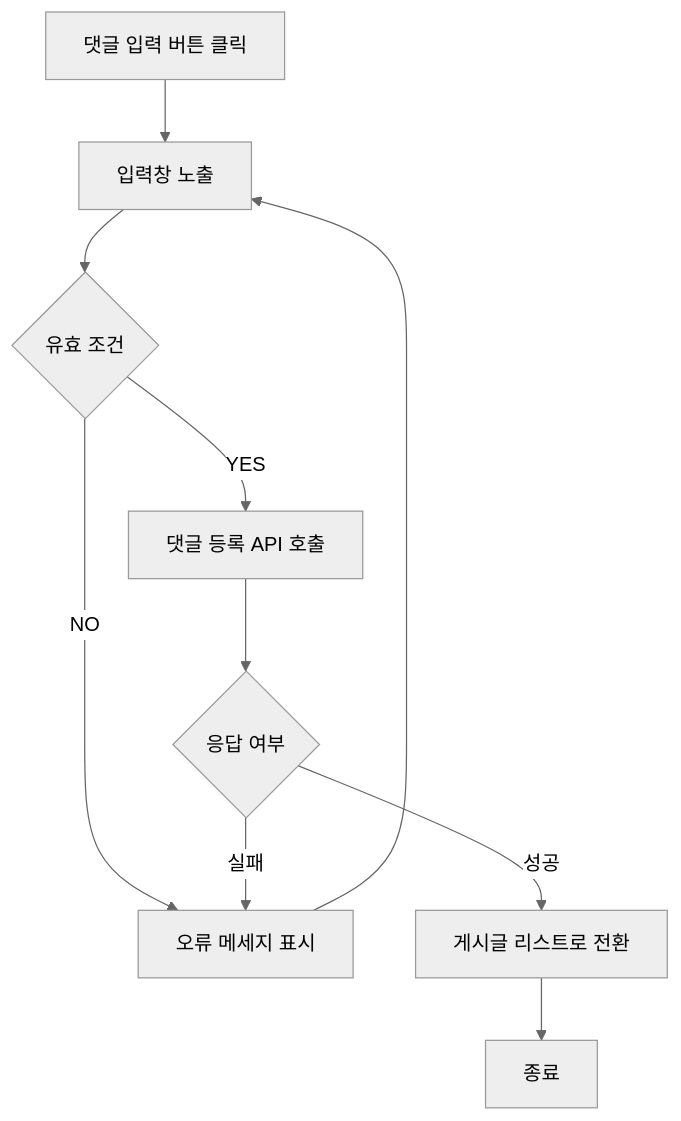
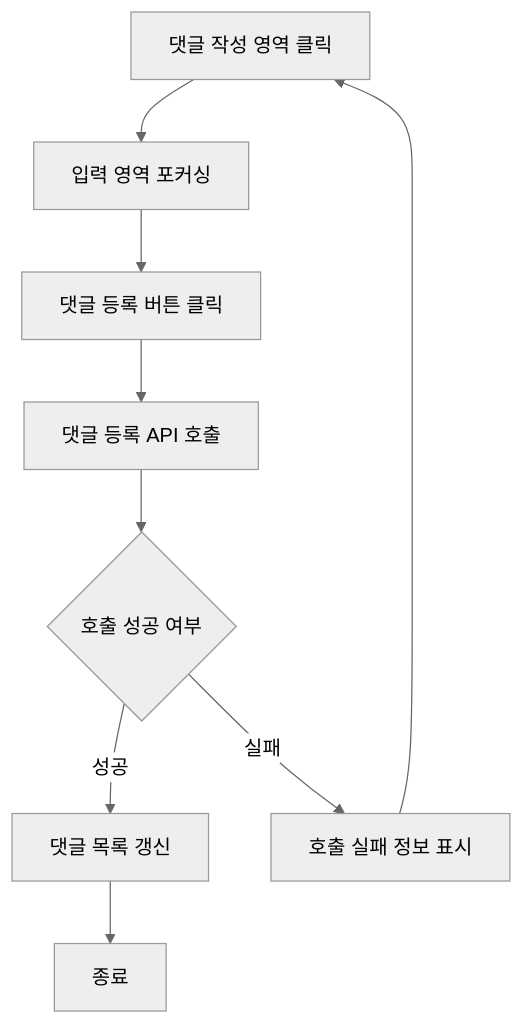
One commit to Dev-FE-2/3_swim_diary changed diagram 36 of 40 in design/기능정의서.md. Above: the diagram before and after it, drawn with Mermaid (neutral theme). The commit also changed other lines of this file and 1 other file, not shown here.

````diff
--- a/design/기능정의서.md
+++ b/design/기능정의서.md
@@ -447,12 +839,11 @@
 ```mermaid
 flowchart TD
-	A[댓글 입력 버튼 클릭] --> B[입력창 노출]
-    B --> C{유효 조건}
-    C -- NO --> G
-    C -- YES --> D[댓글 등록 API 호출]
-    D --> E{응답 여부}
-    E -- 성공 --> F[게시글 리스트로 전환]
-    E -- 실패 --> G[오류 메세지 표시]
-    F --> H[종료]
-    G --> B
+	A[댓글 작성 영역 클릭] --> B[입력 영역 포커싱]
+    B --> C[댓글 등록 버튼 클릭]
+    C --> D[댓글 등록 API 호출]
+    D --> E{호출 성공 여부}
+    E -- 성공 --> F[댓글 목록 갱신]
+    E -- 실패 --> G[호출 실패 정보 표시]
+    G --> A
+    F --> Z[종료]
 ```
````
